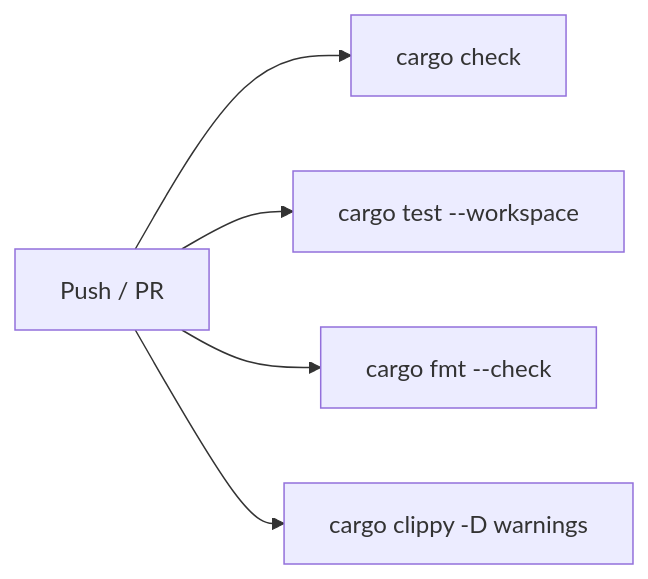
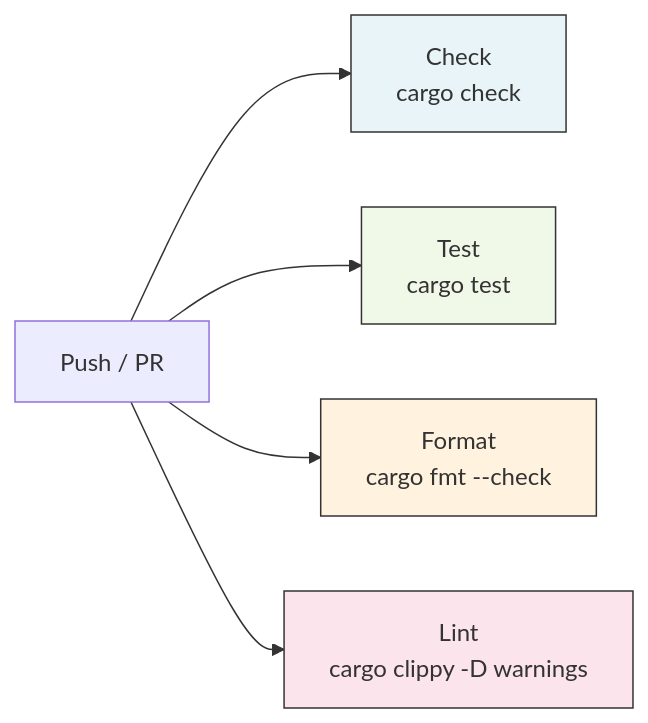
Before and after one commit to andrealaforgia/alfred: the fifth of 5 diagrams in docs/walkthrough/alfred-walkthrough.md, drawn with Mermaid. The commit also changed other lines of this file and 4 other files, not shown here.

````diff
--- a/docs/walkthrough/alfred-walkthrough.md
+++ b/docs/walkthrough/alfred-walkthrough.md
@@ -729,7 +757,18 @@
 ```mermaid
-flowchart LR
-    PR[Push / PR] --> C[cargo check]
-    PR --> T[cargo test --workspace]
-    PR --> F[cargo fmt --check]
-    PR --> CL[cargo clippy -D warnings]
+graph LR
+    PUSH["Push / PR"]
+    CHECK["Check<br/>cargo check"]
+    TEST["Test<br/>cargo test"]
+    FORMAT["Format<br/>cargo fmt --check"]
+    LINT["Lint<br/>cargo clippy -D warnings"]
+
+    PUSH --> CHECK
+    PUSH --> TEST
+    PUSH --> FORMAT
+    PUSH --> LINT
+
+    style CHECK fill:#e8f4f8,stroke:#333
+    style TEST fill:#f0f8e8,stroke:#333
+    style FORMAT fill:#fff3e0,stroke:#333
+    style LINT fill:#fce4ec,stroke:#333
 ```
````
